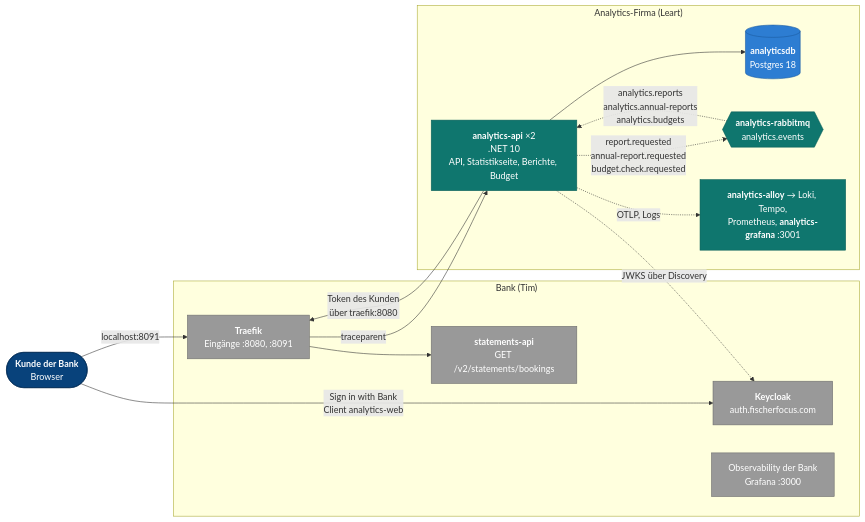
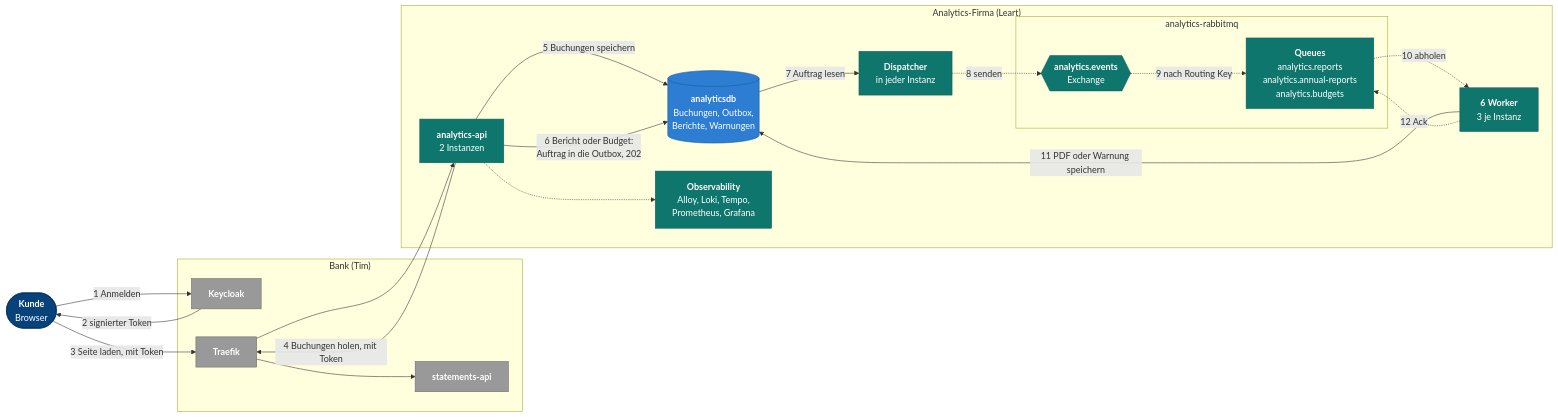
Before and after one commit to Leart165/321_leart: the first of 6 diagrams in docs/architecture.md, drawn with Mermaid. The commit also changed other lines of this file, not shown here.

Commit message:
Überblick in der Architektur als nummerierten Ablauf zeichnen

````diff
--- a/docs/architecture.md
+++ b/docs/architecture.md
@@ -15,38 +15,47 @@
 ```mermaid
 flowchart LR
-    kunde(["<b>Kunde der Bank</b><br/>Browser"])
+    kunde(["<b>Kunde</b><br/>Browser"])
 
     subgraph bank["Bank (Tim)"]
-        traefik["<b>Traefik</b><br/>Eingänge :8080, :8091"]
-        kc["<b>Keycloak</b><br/>auth.fischerfocus.com"]
-        stmt["<b>statements-api</b><br/>GET /v2/statements/bookings"]
-        bobs["Observability der Bank<br/>Grafana :3000"]
+        kc["<b>Keycloak</b>"]
+        traefik["<b>Traefik</b>"]
+        stmt["<b>statements-api</b>"]
     end
 
-    subgraph partner["Analytics-Firma (Leart)"]
-        api["<b>analytics-api</b> ×2<br/>.NET 10<br/>API, Statistikseite, Berichte, Budget"]
-        db[("<b>analyticsdb</b><br/>Postgres 18")]
-        amq{{"<b>analytics-rabbitmq</b><br/>analytics.events"}}
-        obs["<b>analytics-alloy</b> → Loki, Tempo,<br/>Prometheus, <b>analytics-grafana</b> :3001"]
+    subgraph firma["Analytics-Firma (Leart)"]
+        api["<b>analytics-api</b><br/>2 Instanzen"]
+        db[("<b>analyticsdb</b><br/>Buchungen, Outbox,<br/>Berichte, Warnungen")]
+        dispatcher["<b>Dispatcher</b><br/>in jeder Instanz"]
+        subgraph rmq["analytics-rabbitmq"]
+            ex{{"<b>analytics.events</b><br/>Exchange"}}
+            q["<b>Queues</b><br/>analytics.reports<br/>analytics.annual-reports<br/>analytics.budgets"]
+        end
+        worker["<b>6 Worker</b><br/>3 je Instanz"]
+        obs["<b>Observability</b><br/>Alloy, Loki, Tempo,<br/>Prometheus, Grafana"]
     end
 
-    kunde -->|"Sign in with Bank<br/>Client analytics-web"| kc
-    kunde -->|"localhost:8091"| traefik
-    traefik -->|"traceparent"| api
-    api -->|"Token des Kunden<br/>über traefik:8080"| traefik
+    kunde -->|"1 Anmelden"| kc
+    kc -->|"2 signierter Token"| kunde
+    kunde -->|"3 Seite laden, mit Token"| traefik
+    traefik --> api
+    api -->|"4 Buchungen holen, mit Token"| traefik
     traefik --> stmt
-    api -.->|"JWKS über Discovery"| kc
-    api --> db
-    api -.->|"report.requested<br/>annual-report.requested<br/>budget.check.requested"| amq
-    amq -.->|"analytics.reports<br/>analytics.annual-reports<br/>analytics.budgets"| api
-    api -.->|"OTLP, Logs"| obs
+    api -->|"5 Buchungen speichern"| db
+    api -->|"6 Bericht oder Budget:<br/>Auftrag in die Outbox, 202"| db
+    db -->|"7 Auftrag lesen"| dispatcher
+    dispatcher -.->|"8 senden"| ex
+    ex -.->|"9 nach Routing Key"| q
+    q -.->|"10 abholen"| worker
+    worker -->|"11 PDF oder Warnung speichern"| db
+    worker -.->|"12 Ack"| q
+    api -.-> obs
 
     classDef person fill:#08427b,stroke:#052e56,color:#ffffff
     classDef mine fill:#0f766e,stroke:#0b5f58,color:#ffffff
     classDef store fill:#2d7dd2,stroke:#1a5a9e,color:#ffffff
     classDef other fill:#999999,stroke:#6b6b6b,color:#ffffff
     class kunde person
-    class api,amq,obs mine
+    class api,dispatcher,ex,q,worker,obs mine
     class db store
-    class traefik,kc,stmt,bobs other
+    class kc,traefik,stmt other
 ```
````
